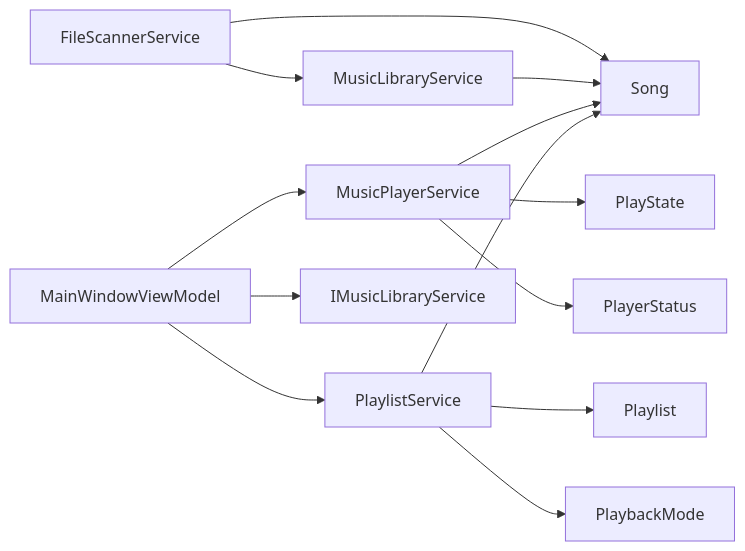
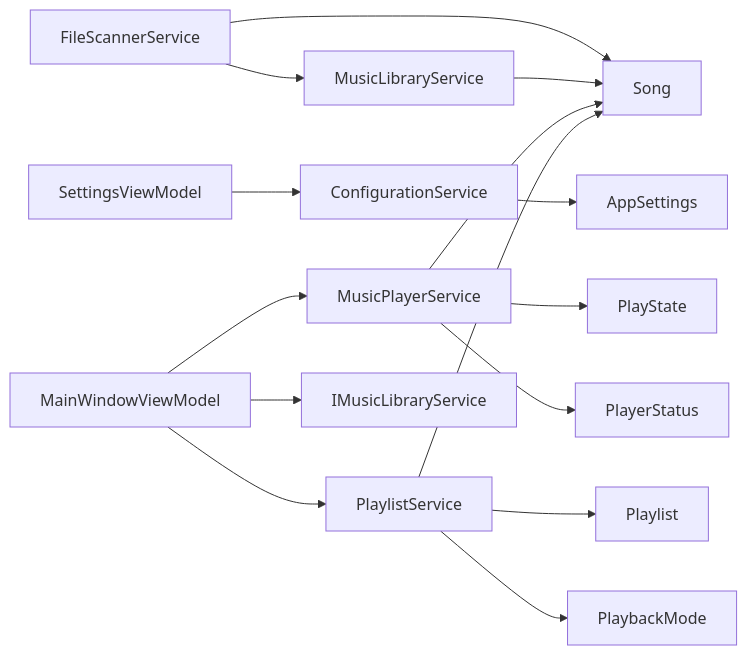
Before and after one commit to mariamjensen42-glitch/LocalMusicPlayer: the fourth of 4 diagrams in .qoder/repowiki/zh/content/数据模型.md, drawn with Mermaid. The commit also changed other lines of this file and 14 other files, not shown here.

````diff
--- a/.qoder/repowiki/zh/content/数据模型.md
+++ b/.qoder/repowiki/zh/content/数据模型.md
@@ -310,15 +423,17 @@
 ```mermaid
 graph LR
 FSS["FileScannerService"] --> S["Song"]
 FSS --> MLS["MusicLibraryService"]
 MLS --> S
 MPS["MusicPlayerService"] --> S
 MPS --> PS["PlayState"]
 MPS --> ST["PlayerStatus"]
 PLTS["PlaylistService"] --> P["Playlist"]
 PLTS --> S
 PLTS --> PM["PlaybackMode"]
+CS["ConfigurationService"] --> AS["AppSettings"]
+SVM["SettingsViewModel"] --> CS
 MVM["MainWindowViewModel"] --> MPS
 MVM --> PLTS
 MVM --> IMSL["IMusicLibraryService"]
 ```
````
